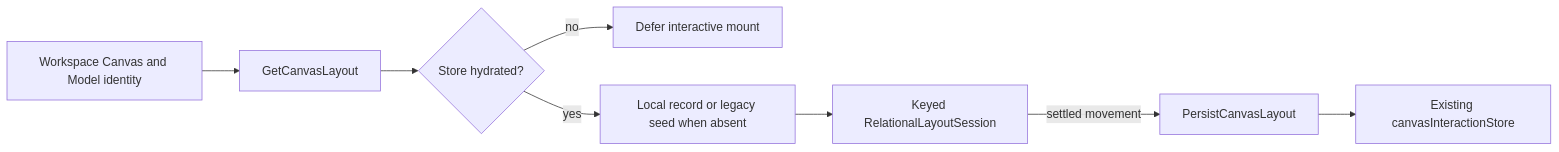
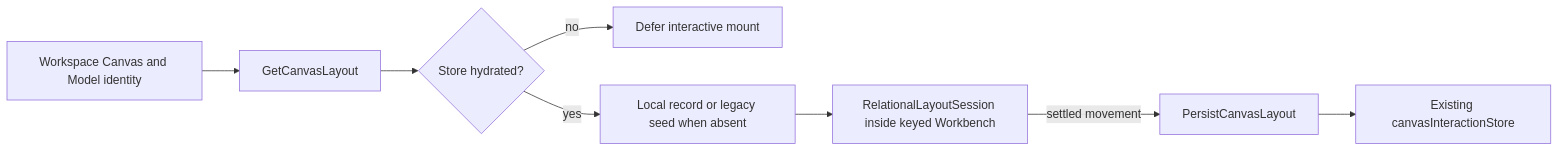
One commit to dunay2/dvt changed the second of 7 diagrams in docs/architecture/components/web/graph/canvas-layout-persistence-component.md. Above: the diagram before and after it, drawn with Mermaid. The commit also changed other lines of this file and 10 other files, not shown here.

````diff
--- a/docs/architecture/components/web/graph/canvas-layout-persistence-component.md
+++ b/docs/architecture/components/web/graph/canvas-layout-persistence-component.md
@@ -168,10 +175,10 @@
 ```mermaid
 flowchart LR
   Scope[Workspace Canvas and Model identity] --> Query[GetCanvasLayout]
   Query --> Ready{Store hydrated?}
   Ready -->|no| Wait[Defer interactive mount]
   Ready -->|yes| Seed[Local record or legacy seed when absent]
-  Seed --> Session[Keyed RelationalLayoutSession]
+  Seed --> Session[RelationalLayoutSession inside keyed Workbench]
   Session -->|settled movement| Persist[PersistCanvasLayout]
   Persist --> Store[Existing canvasInteractionStore]
 ```
````
